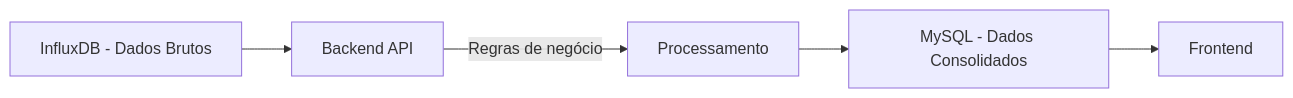
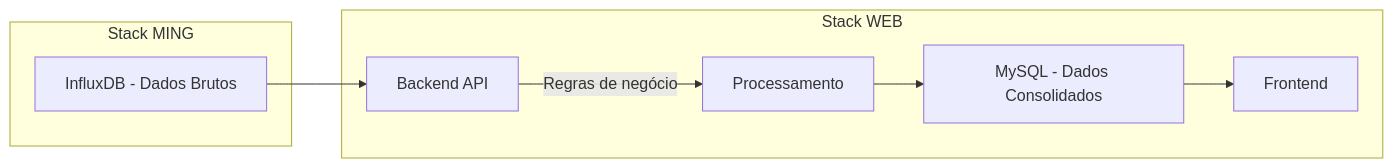
Before and after one commit to profAndreSouza/Material: the second of 2 diagrams in Programação Multiplataforma/03 Trabalho 01.md, drawn with Mermaid. The commit also changed other lines of this file, not shown here.

````diff
--- a/Programação Multiplataforma/03 Trabalho 01.md
+++ b/Programação Multiplataforma/03 Trabalho 01.md
@@ -95,7 +84,17 @@
 ```mermaid
 flowchart LR
-    A[InfluxDB - Dados Brutos] --> B[Backend API]
-    B -->|Regras de negócio| C[Processamento]
-    C --> D[MySQL - Dados Consolidados]
-    D --> E[Frontend]
+    subgraph Stack MING
+        A[InfluxDB - Dados Brutos]
+    end
+    subgraph Stack WEB
+        B[Backend API]
+        C[Processamento]
+        D[MySQL - Dados Consolidados]
+        E[Frontend]
+    end
+
+    A --> B
+    B -->|Regras de negócio| C
+    C --> D
+    D --> E
 ```
````
